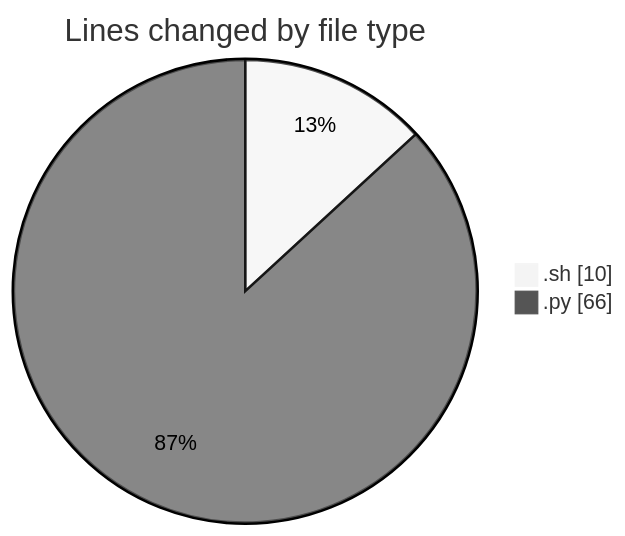
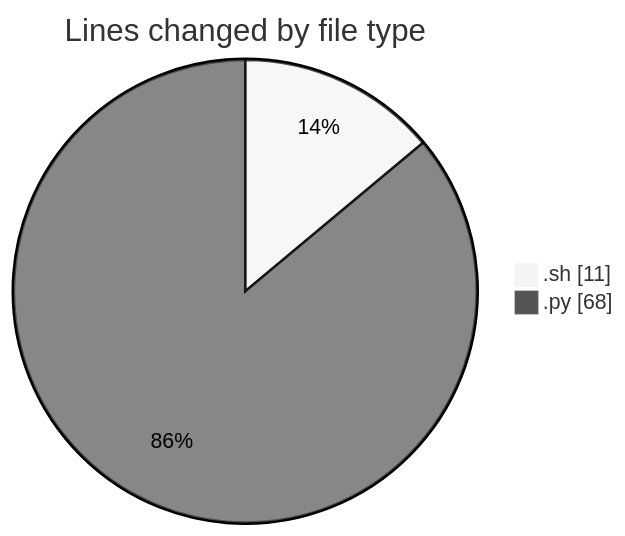
One commit to momahboobian/code-tracking changed the first of 2 diagrams in 2025-01-25/samplepdf/README.md. Above: the diagram before and after it, drawn with Mermaid (neutral theme). The commit also changed other lines of this file and 1 other file, not shown here.

````diff
--- a/2025-01-25/samplepdf/README.md
+++ b/2025-01-25/samplepdf/README.md
@@ -21,6 +21,6 @@
 ```mermaid
 pie showData
 title Lines changed by file type
-".sh" : 10
-".py" : 66
+".sh" : 11
+".py" : 68
 ```
````
